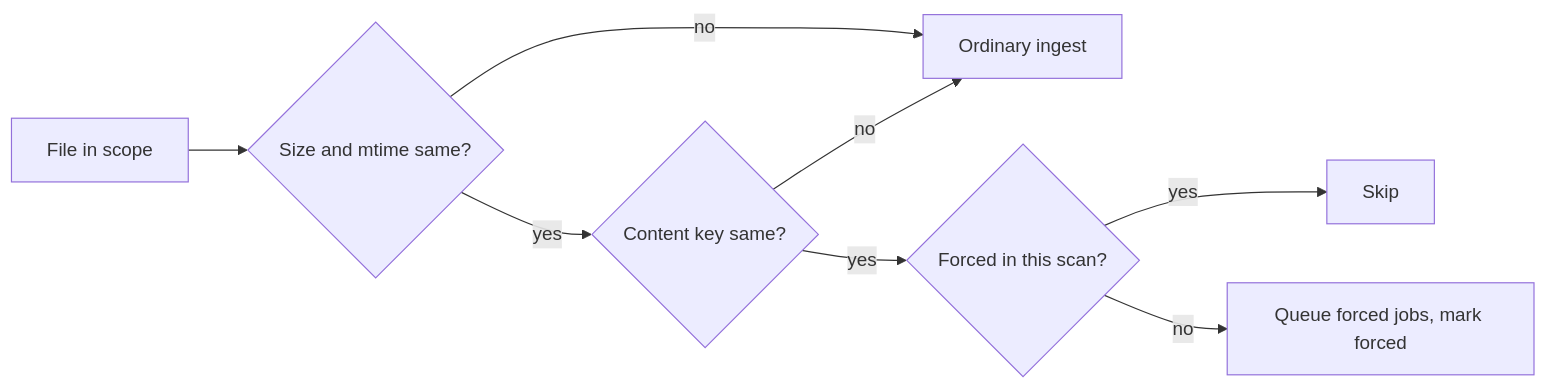
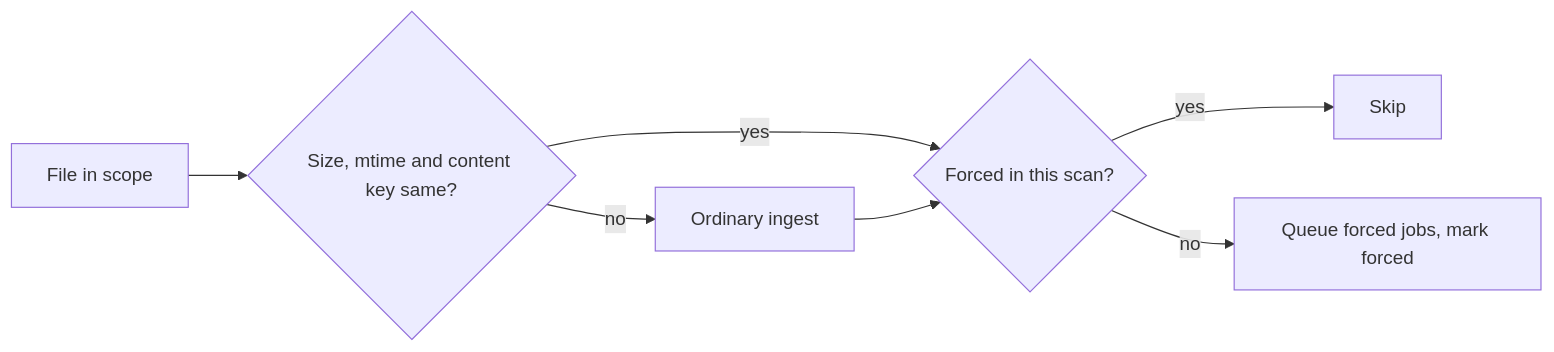
The second of 2 diagrams in specs/063-force-rescan/research.md (syudead/vv), drawn with Mermaid before and after one commit. The commit also changed other lines of this file and 4 other files, not shown here.

````diff
--- a/specs/063-force-rescan/research.md
+++ b/specs/063-force-rescan/research.md
@@ -94,10 +126,9 @@
 ```mermaid
 flowchart LR
-  file[File in scope] --> same{Size and mtime same?}
+  file[File in scope] --> same{Size, mtime and content key same?}
   same -->|no| ordinary[Ordinary ingest]
-  same -->|yes| key{Content key same?}
-  key -->|no| ordinary
-  key -->|yes| marked{Forced in this scan?}
+  same -->|yes| marked{Forced in this scan?}
+  ordinary --> marked
   marked -->|yes| skip[Skip]
   marked -->|no| force[Queue forced jobs, mark forced]
 ```
````
